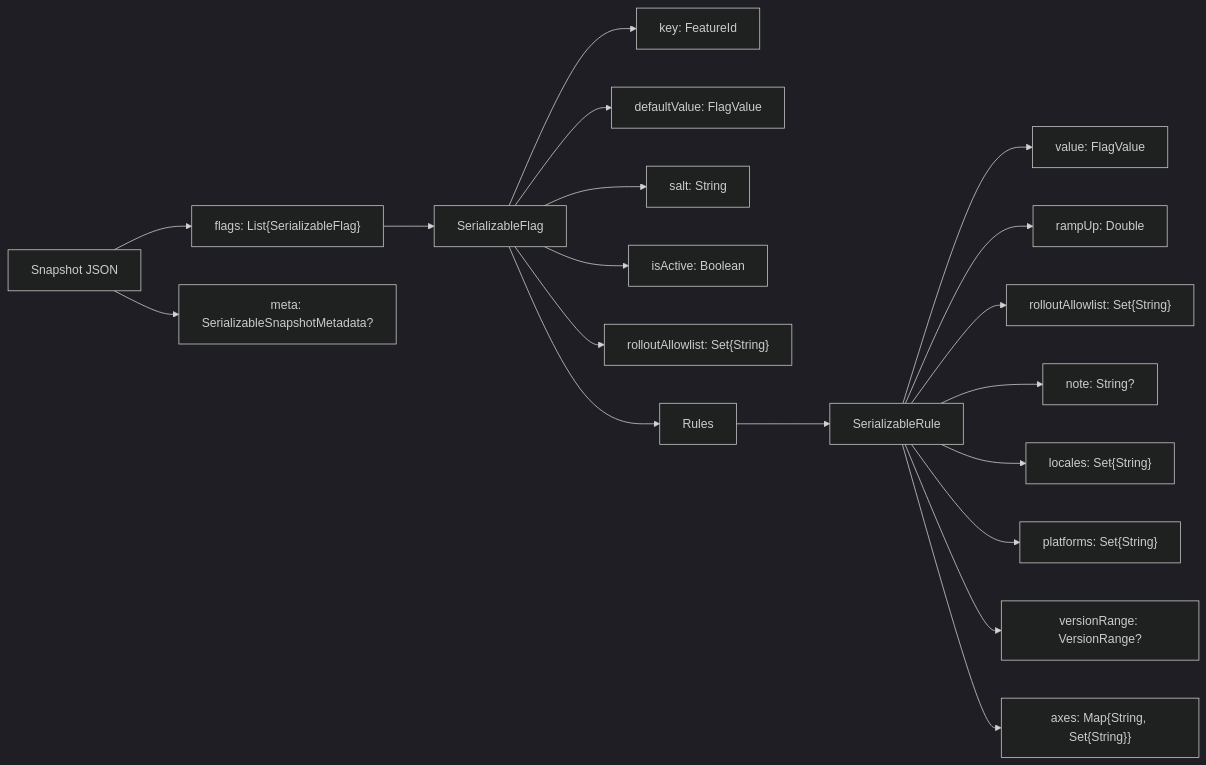
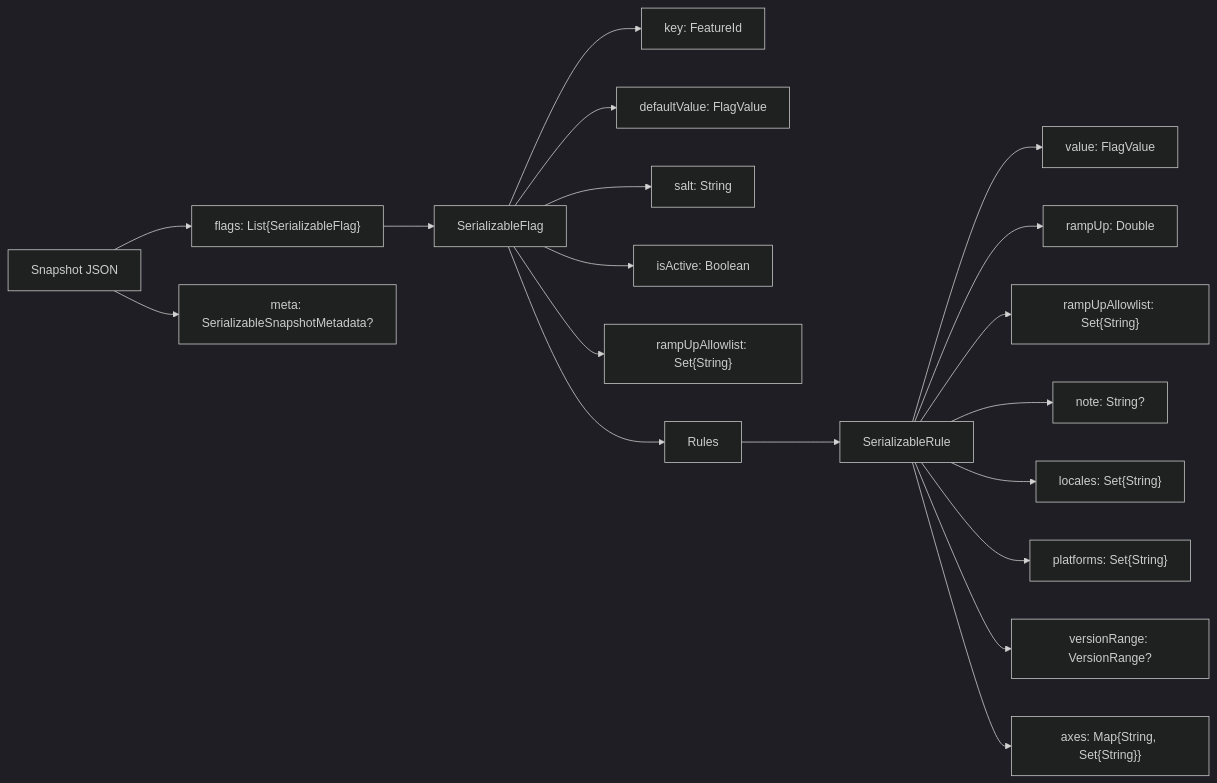
The diagram in docusaurus/docs/08-persistence-format.md (amichne/konditional), drawn with Mermaid (dark theme) before and after one commit. The commit also changed other lines of this file and 12 other files, not shown here.

````diff
--- a/docusaurus/docs/08-persistence-format.md
+++ b/docusaurus/docs/08-persistence-format.md
@@ -17,22 +17,22 @@
 ```mermaid
 flowchart LR
     Snap[Snapshot JSON] --> Flags["flags: List{SerializableFlag}"]
     Snap --> Meta["meta: SerializableSnapshotMetadata?"]
     Flags --> Flag["SerializableFlag"]
     Flag --> Key["key: FeatureId"]
     Flag --> Default["defaultValue: FlagValue"]
     Flag --> Salt["salt: String"]
     Flag --> Active["isActive: Boolean"]
-    Flag --> FAllow["rolloutAllowlist: Set{String}"]
+    Flag --> FAllow["rampUpAllowlist: Set{String}"]
     Flag --> Rules
     Rules --> Rule["SerializableRule"]
     Rule --> RVal["value: FlagValue"]
     Rule --> Ramp["rampUp: Double"]
-    Rule --> RAllow["rolloutAllowlist: Set{String}"]
+    Rule --> RAllow["rampUpAllowlist: Set{String}"]
     Rule --> Note["note: String?"]
     Rule --> Loc["locales: Set{String}"]
     Rule --> Plat["platforms: Set{String}"]
     Rule --> Vr["versionRange: VersionRange?"]
     Rule --> Axes["axes: Map{String, Set{String}}"]
 
 ```
````
